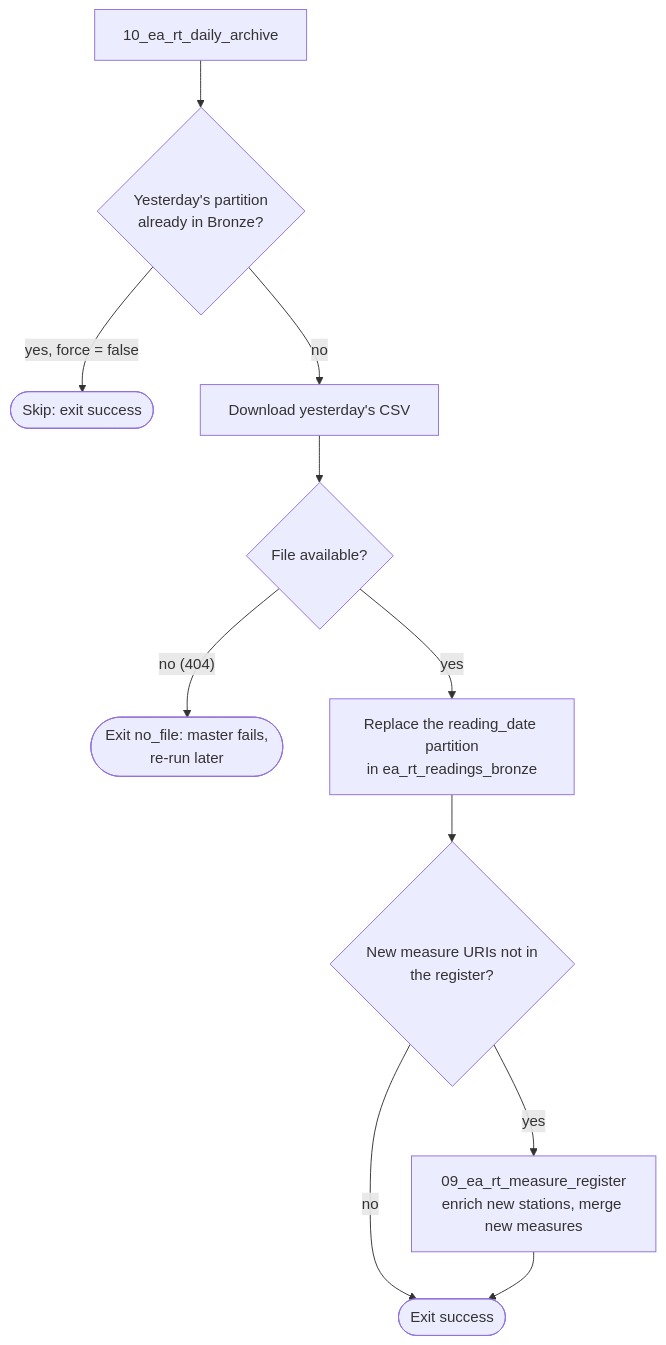
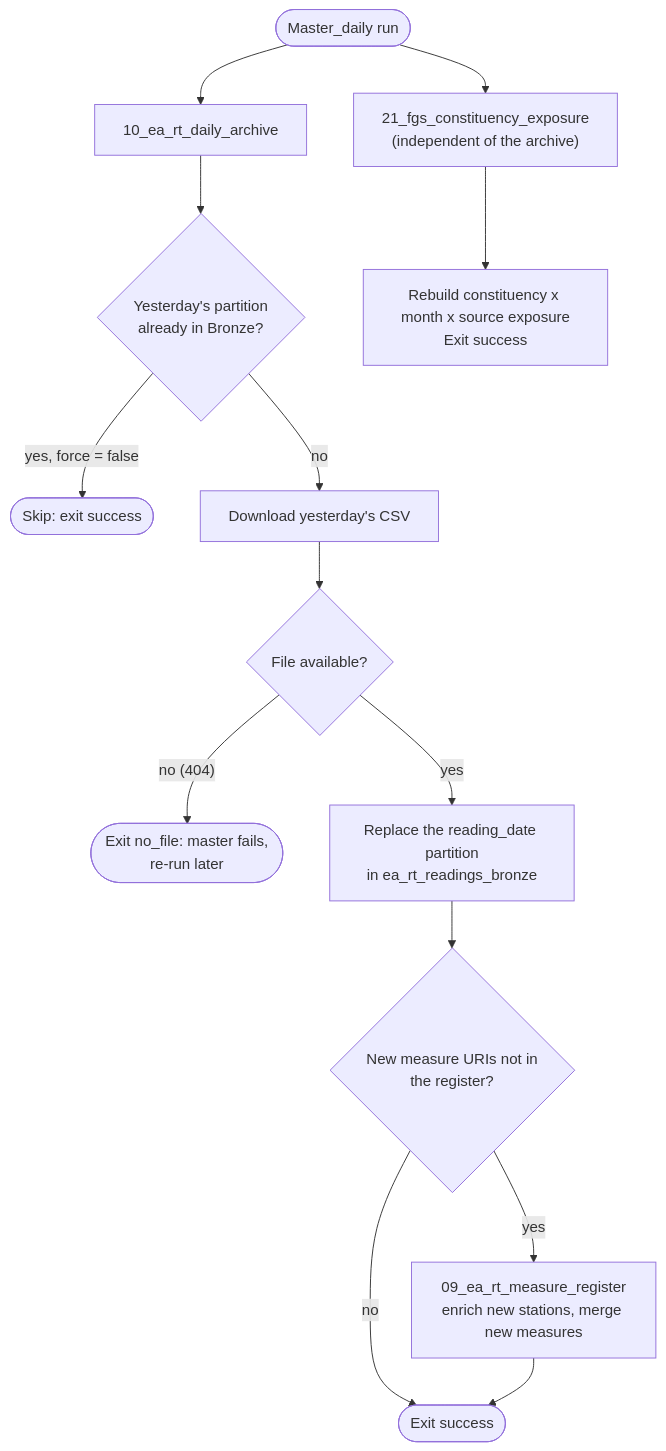
Before and after one commit to JonPayneEA/FGS_Notebooks: the fourth of 6 diagrams in README.md, drawn with Mermaid. The commit also changed other lines of this file and 11 other files, not shown here.

First line of the commit message:
Add change detection, constituency situation, MP briefing drafts, exposure history and pipeline health

````diff
--- a/README.md
+++ b/README.md
@@ -335,13 +358,16 @@
 ```mermaid
 flowchart TD
     A["10_ea_rt_daily_archive"] --> B{"Yesterday's partition<br/>already in Bronze?"}
     B -- "yes, force = false" --> Z(["Skip: exit success"])
     B -- no --> C["Download yesterday's CSV"]
     C --> D{"File available?"}
     D -- "no (404)" --> X(["Exit no_file: master fails,<br/>re-run later"])
     D -- yes --> E["Replace the reading_date partition<br/>in ea_rt_readings_bronze"]
     E --> F{"New measure URIs not in<br/>the register?"}
     F -- no --> Z2(["Exit success"])
     F -- yes --> G["09_ea_rt_measure_register<br/>enrich new stations, merge new measures"]
     G --> Z2
+    M(["Master_daily run"]) --> A
+    M --> X1["21_fgs_constituency_exposure<br/>(independent of the archive)"]
+    X1 --> X2["Rebuild constituency x month x source exposure<br/>Exit success"]
 ```
````
